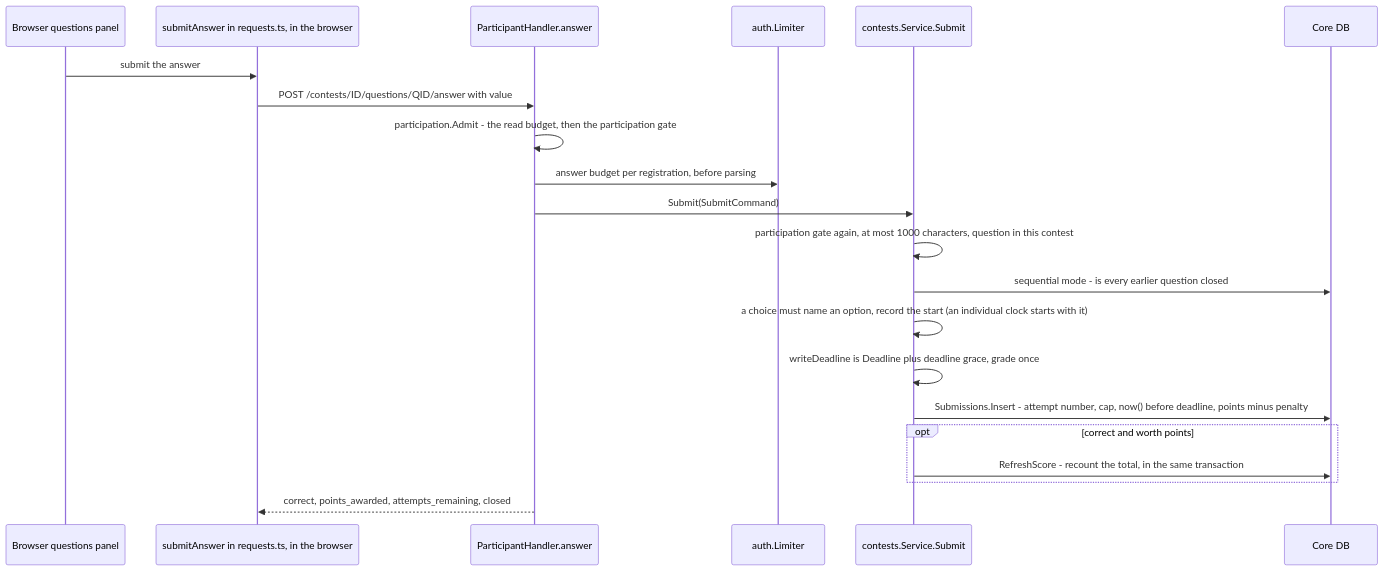
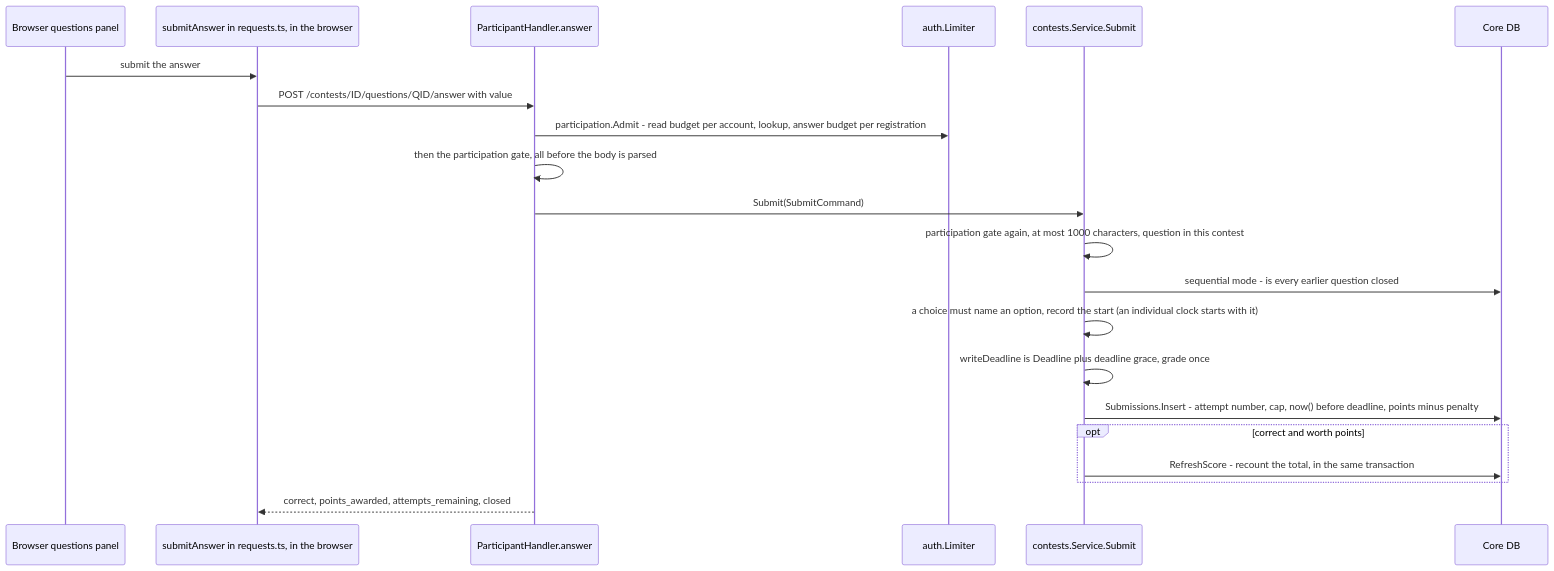
Before and after one commit to devrdn/olymp-db-platform: diagram 11 of 14 in docs/guide/03-flows.md, drawn with Mermaid.

Commit message:
docs(guide): put the answer budget before the gate in the answer diagram

````diff
--- a/docs/guide/03-flows.md
+++ b/docs/guide/03-flows.md
@@ -745,24 +745,24 @@
 ```mermaid
 sequenceDiagram
     participant B as Browser questions panel
     participant W as submitAnswer in requests.ts, in the browser
     participant H as ParticipantHandler.answer
     participant L as auth.Limiter
     participant S as contests.Service.Submit
     participant DB as Core DB
 
     B->>W: submit the answer
     W->>H: POST /contests/ID/questions/QID/answer with value
-    H->>H: participation.Admit - the read budget, then the participation gate
-    H->>L: answer budget per registration, before parsing
+    H->>L: participation.Admit - read budget per account, lookup, answer budget per registration
+    H->>H: then the participation gate, all before the body is parsed
     H->>S: Submit(SubmitCommand)
     S->>S: participation gate again, at most 1000 characters, question in this contest
     S->>DB: sequential mode - is every earlier question closed
     S->>S: a choice must name an option, record the start (an individual clock starts with it)
     S->>S: writeDeadline is Deadline plus deadline grace, grade once
     S->>DB: Submissions.Insert - attempt number, cap, now() before deadline, points minus penalty
     opt correct and worth points
         S->>DB: RefreshScore - recount the total, in the same transaction
     end
     H-->>W: correct, points_awarded, attempts_remaining, closed
 ```
````
